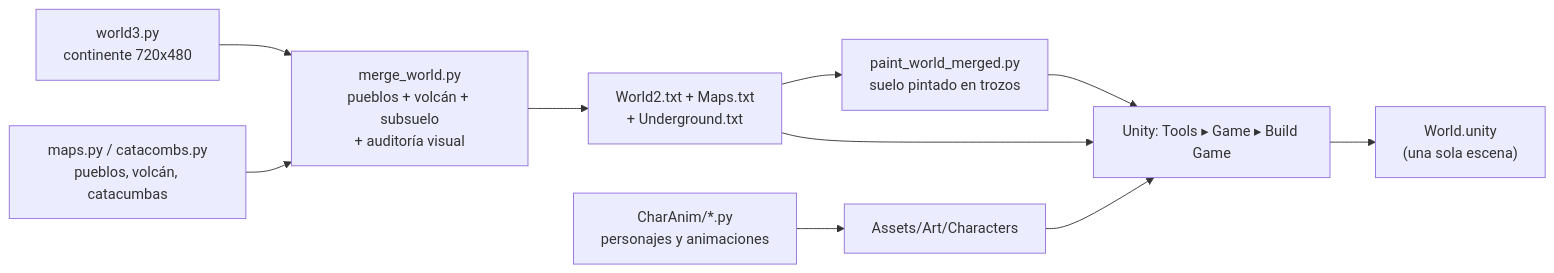
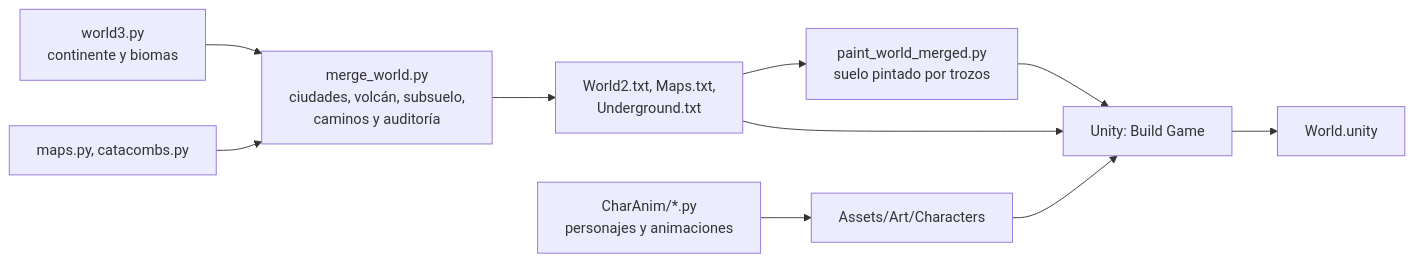
Before and after one commit to TakizawaXD/ERYNDOR-El-Ascenso-del-Mortal: diagram 11 of 11 in README.md, drawn with Mermaid. The commit also changed other lines of this file and 7 other files, not shown here.

````diff
--- a/README.md
+++ b/README.md
@@ -193,12 +561,12 @@
 ```mermaid
 flowchart LR
-    A["world3.py<br/>continente 720x480"] --> B["merge_world.py<br/>pueblos + volcán + subsuelo<br/>+ auditoría visual"]
-    M["maps.py / catacombs.py<br/>pueblos, volcán, catacumbas"] --> B
-    B --> C["World2.txt + Maps.txt<br/>+ Underground.txt"]
-    C --> D["paint_world_merged.py<br/>suelo pintado en trozos"]
+    A["world3.py<br/>continente y biomas"] --> B["merge_world.py<br/>ciudades, volcán, subsuelo,<br/>caminos y auditoría"]
+    M["maps.py, catacombs.py"] --> B
+    B --> C["World2.txt, Maps.txt,<br/>Underground.txt"]
+    C --> D["paint_world_merged.py<br/>suelo pintado por trozos"]
     E["CharAnim/*.py<br/>personajes y animaciones"] --> F["Assets/Art/Characters"]
-    D --> G["Unity: Tools ▸ Game ▸ Build Game"]
+    D --> G["Unity: Build Game"]
     F --> G
     C --> G
-    G --> H["World.unity<br/>(una sola escena)"]
+    G --> H["World.unity"]
 ```
````
